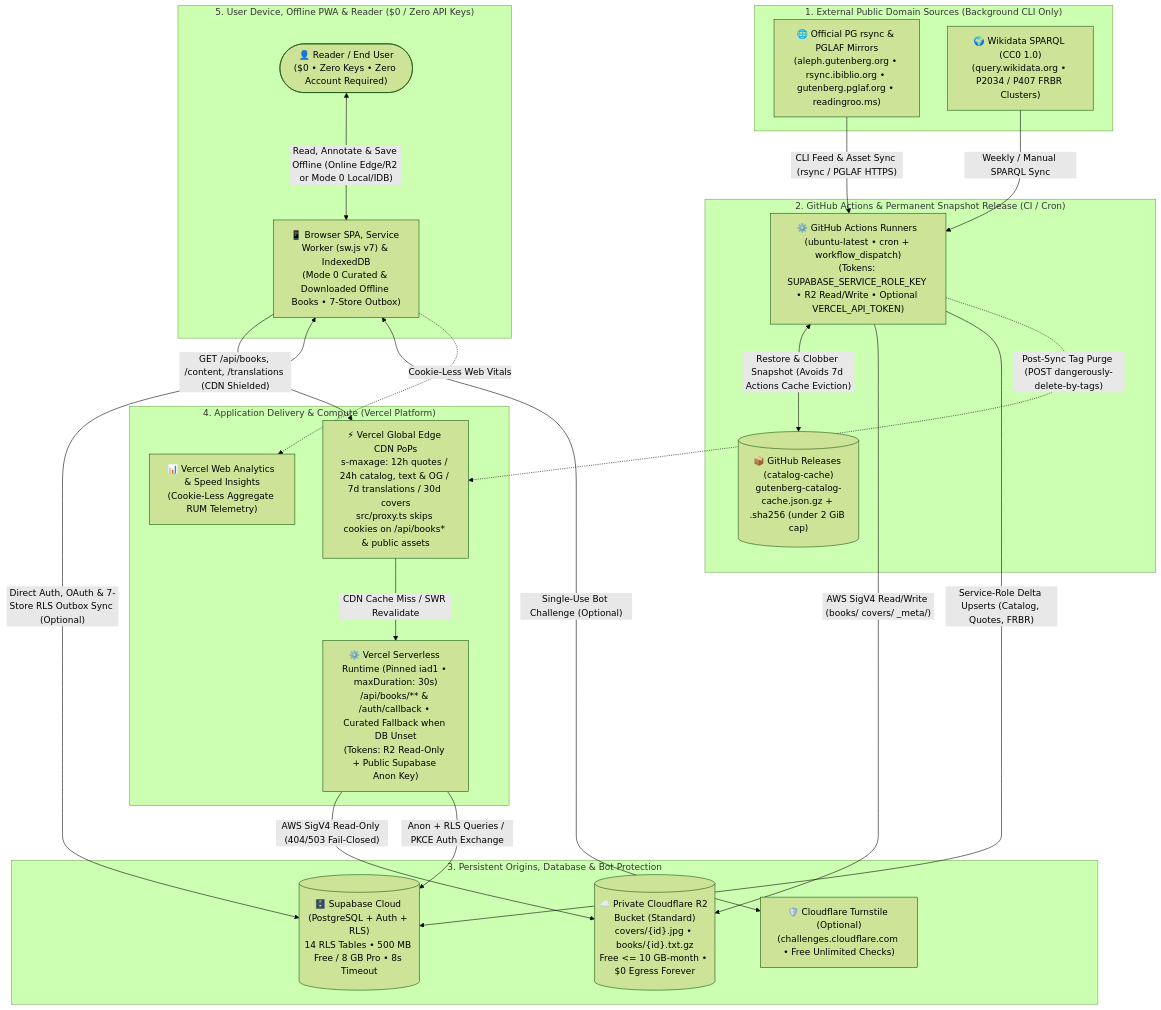
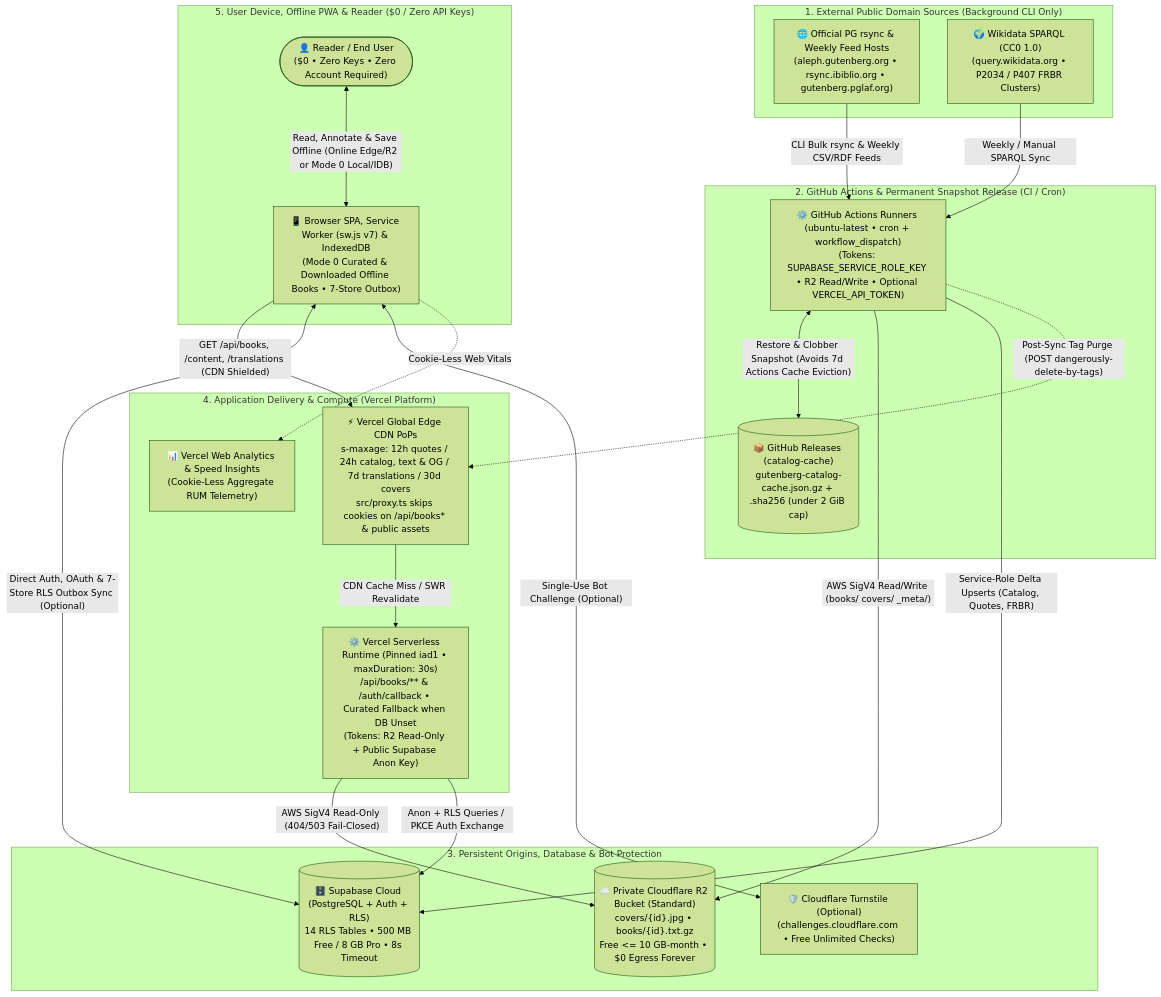
One commit to calin-m/Bookarium changed the diagram in docs/INFRASTRUCTURE.md. Above: the diagram before and after it, drawn with Mermaid (forest theme). The commit also changed other lines of this file and 49 other files, not shown here.

First line of the commit message:
fix(compliance): retire bulk PG HTTPS upstering and preserve 1.E.1 preamble (v2.9.98)

````diff
--- a/docs/INFRASTRUCTURE.md
+++ b/docs/INFRASTRUCTURE.md
@@ -32,46 +32,46 @@
 ```mermaid
 flowchart TD
     subgraph UpstreamFeeds ["1. External Public Domain Sources (Background CLI Only)"]
-        PGMirrors["🌐 Official PG rsync & PGLAF Mirrors\n(aleph.gutenberg.org • rsync.ibiblio.org • gutenberg.pglaf.org • readingroo.ms)"]
+        PGMirrors["🌐 Official PG rsync & Weekly Feed Hosts\n(aleph.gutenberg.org • rsync.ibiblio.org • gutenberg.pglaf.org)"]
         Wikidata["🌍 Wikidata SPARQL (CC0 1.0)\n(query.wikidata.org • P2034 / P407 FRBR Clusters)"]
     end
 
     subgraph AutomationTier ["2. GitHub Actions & Permanent Snapshot Release (CI / Cron)"]
         GHActions["⚙️ GitHub Actions Runners (ubuntu-latest • cron + workflow_dispatch)\n(Tokens: SUPABASE_SERVICE_ROLE_KEY • R2 Read/Write • Optional VERCEL_API_TOKEN)"]
         GHRelease[("📦 GitHub Releases (catalog-cache)\ngutenberg-catalog-cache.json.gz + .sha256 (under 2 GiB cap)")]
     end
 
     subgraph OriginServices ["3. Persistent Origins, Database & Bot Protection"]
         R2Bucket[("☁️ Private Cloudflare R2 Bucket (Standard)\ncovers/{id}.jpg • books/{id}.txt.gz\nFree <= 10 GB-month • $0 Egress Forever")]
         SupaCloud[("🗄️ Supabase Cloud (PostgreSQL + Auth + RLS)\n14 RLS Tables • 500 MB Free / 8 GB Pro • 8s Timeout")]
         Turnstile["🛡️ Cloudflare Turnstile (Optional)\n(challenges.cloudflare.com • Free Unlimited Checks)"]
     end
 
     subgraph VercelPlane ["4. Application Delivery & Compute (Vercel Platform)"]
         EdgeCDN["⚡ Vercel Global Edge CDN PoPs\ns-maxage: 12h quotes / 24h catalog, text & OG / 7d translations / 30d covers\nsrc/proxy.ts skips cookies on /api/books* & public assets"]
         VercelOrigin["⚙️ Vercel Serverless Runtime (Pinned iad1 • maxDuration: 30s)\n/api/books/** & /auth/callback • Curated Fallback when DB Unset\n(Tokens: R2 Read-Only + Public Supabase Anon Key)"]
         VercelObs["📊 Vercel Web Analytics & Speed Insights\n(Cookie-Less Aggregate RUM Telemetry)"]
     end
 
     subgraph UserDevicePlane ["5. User Device, Offline PWA & Reader ($0 / Zero API Keys)"]
         BrowserPWA["📱 Browser SPA, Service Worker (sw.js v7) & IndexedDB\n(Mode 0 Curated & Downloaded Offline Books • 7-Store Outbox)"]
         EndUser(["👤 Reader / End User\n($0 • Zero Keys • Zero Account Required)"])
     end
 
-    PGMirrors -->|"CLI Feed & Asset Sync (rsync / PGLAF HTTPS)"| GHActions
+    PGMirrors -->|"CLI Bulk rsync & Weekly CSV/RDF Feeds"| GHActions
     Wikidata -->|"Weekly / Manual SPARQL Sync"| GHActions
     GHActions <-->|"Restore & Clobber Snapshot (Avoids 7d Actions Cache Eviction)"| GHRelease
     GHActions -->|"AWS SigV4 Read/Write (books/ covers/ _meta/)"| R2Bucket
     GHActions -->|"Service-Role Delta Upserts (Catalog, Quotes, FRBR)"| SupaCloud
     GHActions -.->|"Post-Sync Tag Purge (POST dangerously-delete-by-tags)"| EdgeCDN
 
     VercelOrigin -->|"AWS SigV4 Read-Only (404/503 Fail-Closed)"| R2Bucket
     VercelOrigin -->|"Anon + RLS Queries / PKCE Auth Exchange"| SupaCloud
     EdgeCDN -->|"CDN Cache Miss / SWR Revalidate"| VercelOrigin
 
     BrowserPWA -->|"GET /api/books, /content, /translations (CDN Shielded)"| EdgeCDN
     BrowserPWA <-->|"Direct Auth, OAuth & 7-Store RLS Outbox Sync (Optional)"| SupaCloud
     BrowserPWA <-->|"Single-Use Bot Challenge (Optional)"| Turnstile
     BrowserPWA -.->|"Cookie-Less Web Vitals"| VercelObs
     EndUser <-->|"Read, Annotate & Save Offline (Online Edge/R2 or Mode 0 Local/IDB)"| BrowserPWA
 ```
````
